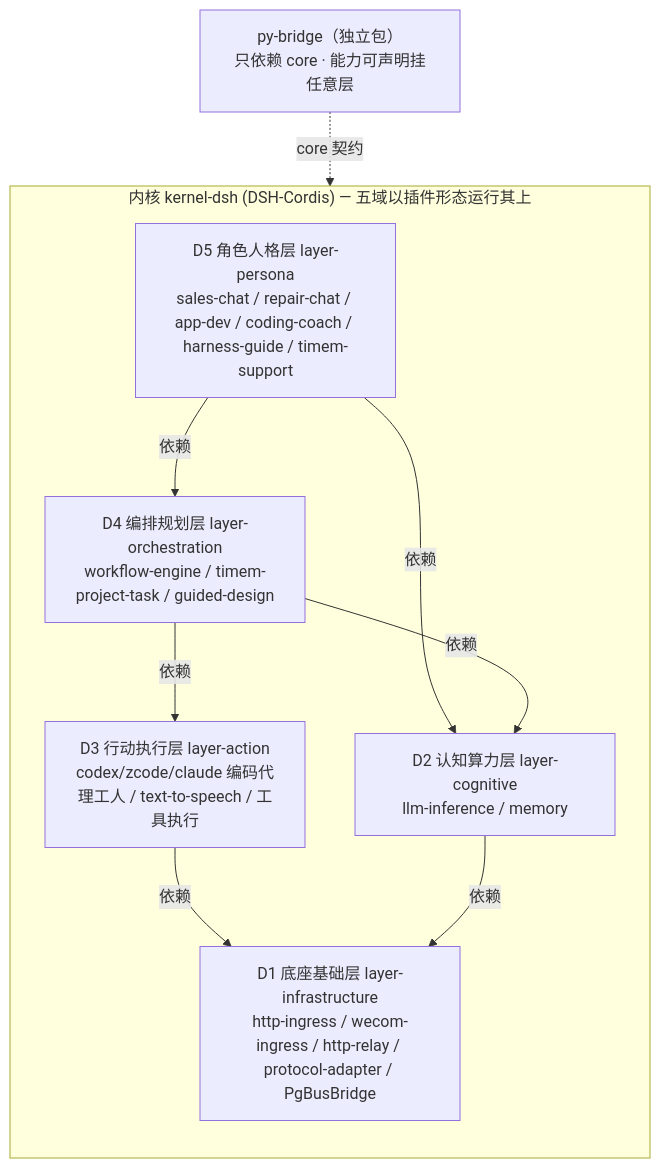
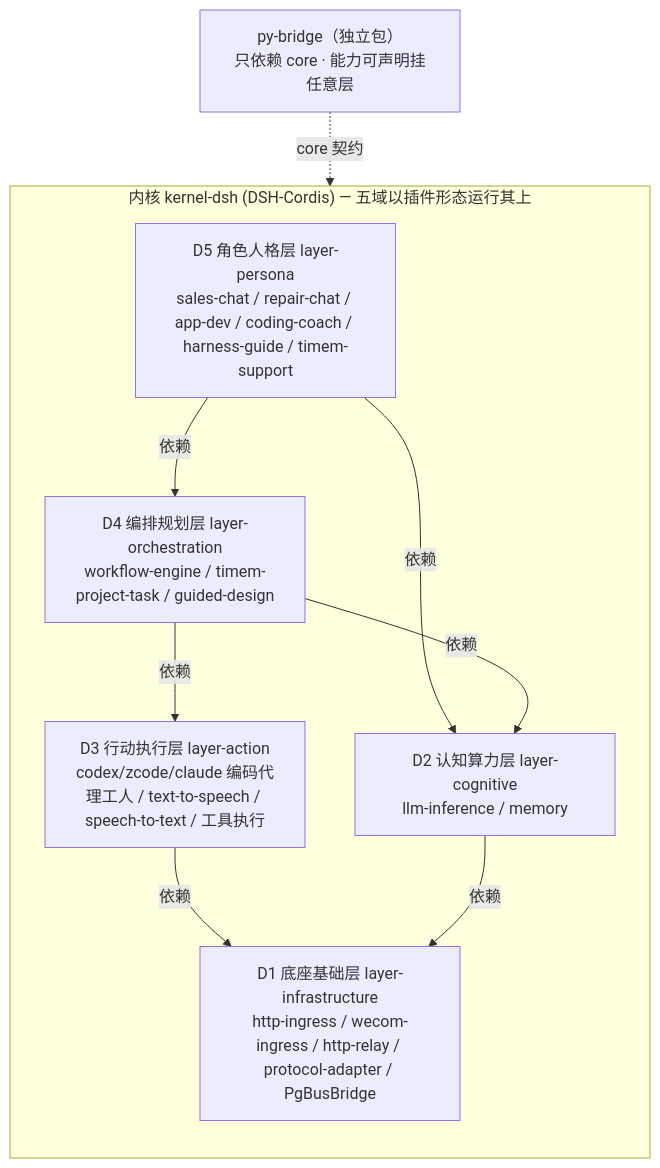
Before and after one commit to AIGility-Cloud-Innovation/aigility-harness: the second of 2 diagrams in README.md, drawn with Mermaid. The commit also changed other lines of this file and 2 other files, not shown here.

First line of the commit message:
docs(architecture): README/wiki 同步 STT 归属 D3 行动域

````diff
--- a/README.md
+++ b/README.md
@@ -105,19 +106,19 @@
 ```mermaid
 flowchart TB
     subgraph KERNEL["内核 kernel-dsh (DSH-Cordis) — 五域以插件形态运行其上"]
         direction TB
         D5["D5 角色人格层 layer-persona<br/>sales-chat / repair-chat / app-dev / coding-coach / harness-guide / timem-support"]
         D4["D4 编排规划层 layer-orchestration<br/>workflow-engine / timem-project-task / guided-design"]
-        D3["D3 行动执行层 layer-action<br/>codex/zcode/claude 编码代理工人 / text-to-speech / 工具执行"]
+        D3["D3 行动执行层 layer-action<br/>codex/zcode/claude 编码代理工人 / text-to-speech / speech-to-text / 工具执行"]
         D2["D2 认知算力层 layer-cognitive<br/>llm-inference / memory"]
         D1["D1 底座基础层 layer-infrastructure<br/>http-ingress / wecom-ingress / http-relay / protocol-adapter / PgBusBridge"]
         D5 -->|依赖| D4
         D5 -->|依赖| D2
         D4 -->|依赖| D2
         D4 -->|依赖| D3
         D3 -->|依赖| D1
         D2 -->|依赖| D1
     end
     PYB["py-bridge（独立包）<br/>只依赖 core · 能力可声明挂任意层"]
     PYB -.->|core 契约| KERNEL
 ```
````
